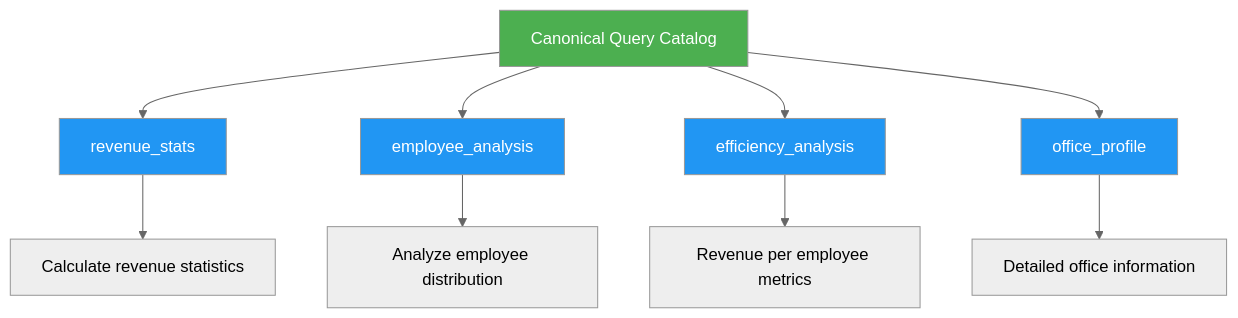
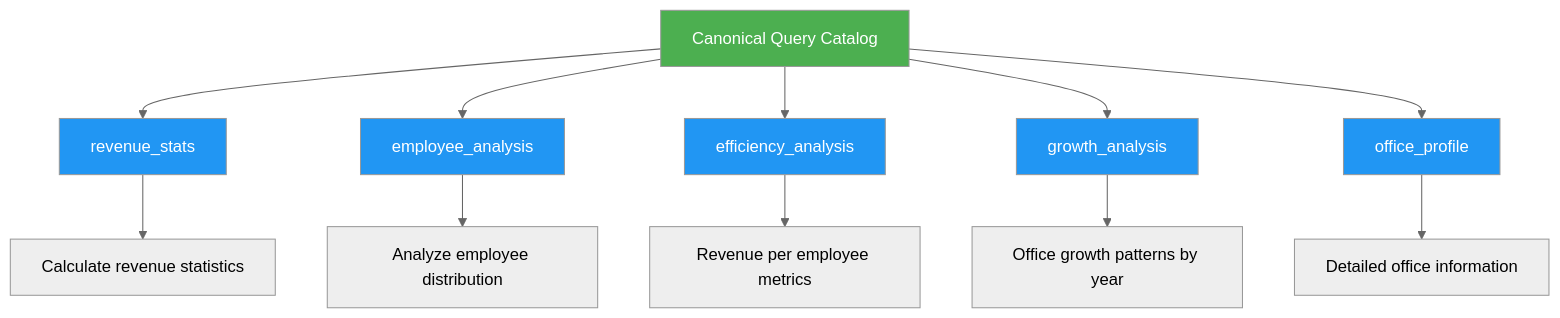
The fifth of 14 diagrams in docs/CANONICAL-QUERY-ARCHITECTURE.md (skillrepos/ai-3in1), drawn with Mermaid (neutral theme) before and after one commit. The commit also changed other lines of this file, not shown here.

````diff
--- a/docs/CANONICAL-QUERY-ARCHITECTURE.md
+++ b/docs/CANONICAL-QUERY-ARCHITECTURE.md
@@ -117,19 +117,22 @@
 ```mermaid
 graph TB
     Catalog[Canonical Query Catalog]
     Catalog --> Rev[revenue_stats]
     Catalog --> Emp[employee_analysis]
     Catalog --> Eff[efficiency_analysis]
+    Catalog --> Growth[growth_analysis]
     Catalog --> Prof[office_profile]
 
     Rev --> RevDesc[Calculate revenue statistics]
     Emp --> EmpDesc[Analyze employee distribution]
     Eff --> EffDesc[Revenue per employee metrics]
+    Growth --> GrowthDesc[Office growth patterns by year]
     Prof --> ProfDesc[Detailed office information]
 
     style Catalog fill:#4CAF50,color:#fff
     style Rev fill:#2196F3,color:#fff
     style Emp fill:#2196F3,color:#fff
     style Eff fill:#2196F3,color:#fff
+    style Growth fill:#2196F3,color:#fff
     style Prof fill:#2196F3,color:#fff
 ```
````
